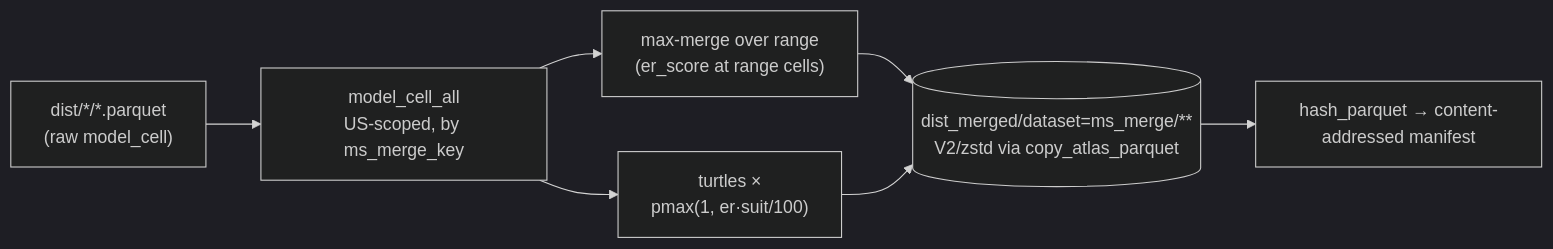
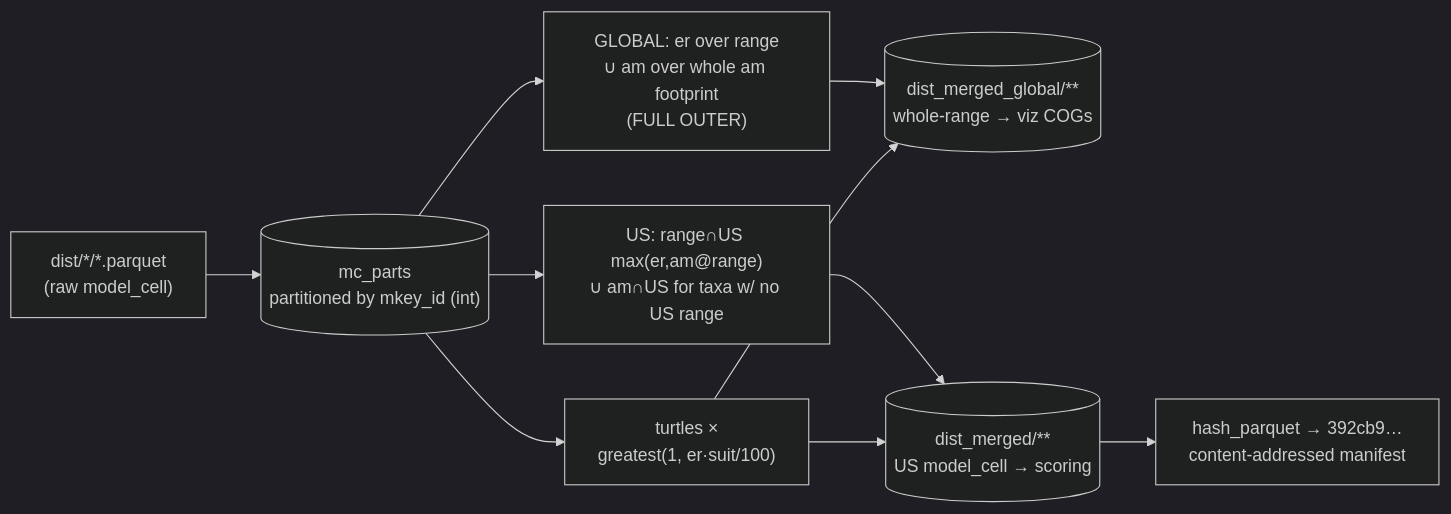
Before and after one commit to MarineSensitivity/workflows: the diagram in merge_models.qmd, drawn with Mermaid (dark theme). The commit also changed other lines of this file, not shown here.

First line of the commit message:
merge_models: no_eez exclusion via msens::merge_sql (drops ~750 AquaMaps over-predictions)

````diff
--- a/merge_models.qmd
+++ b/merge_models.qmd
@@ -26,11 +26,14 @@
 ```{mermaid}
 %%| label: fig-design
-%%| fig-cap: "US-scoped per-taxon merge: max-merge over range footprint (governing er) + multiplicative turtles → streamed Parquet"
+%%| fig-cap: "ONE batched merge → TWO surfaces from the same data. GLOBAL viz = am ∪ range (FULL OUTER, whole-range merged model) → COGs. US scoring = v7-faithful US-boundary-aware rule (range∩US max(er,am-at-range) UNION am∩US for taxa with no US range) — NOT a trim of global. Turtles multiplicative."
 flowchart LR
-  raw["dist/*/*.parquet<br/>(raw model_cell)"] --> mca["model_cell_all<br/>US-scoped, by ms_merge_key"]
-  mca --> mx["max-merge over range<br/>(er_score at range cells)"]
-  mca --> tt["turtles ×<br/>pmax(1, er·suit/100)"]
-  mx --> pq[("dist_merged/dataset=ms_merge/**<br/>V2/zstd via copy_atlas_parquet")]
-  tt --> pq
-  pq --> mf["hash_parquet → content-addressed manifest"]
+  raw["dist/*/*.parquet<br/>(raw model_cell)"] --> mcp[("mc_parts<br/>partitioned by mkey_id (int)")]
+  mcp --> gm["GLOBAL: er over range<br/>∪ am over whole am footprint<br/>(FULL OUTER)"]
+  mcp --> um["US: range∩US max(er,am@range)<br/>∪ am∩US for taxa w/ no US range"]
+  mcp --> tt["turtles ×<br/>greatest(1, er·suit/100)"]
+  gm --> g[("dist_merged_global/**<br/>whole-range → viz COGs")]
+  tt --> g
+  um --> us[("dist_merged/**<br/>US model_cell → scoring")]
+  tt --> us
+  us --> mf["hash_parquet → 392cb9…<br/>content-addressed manifest"]
 ```
````
